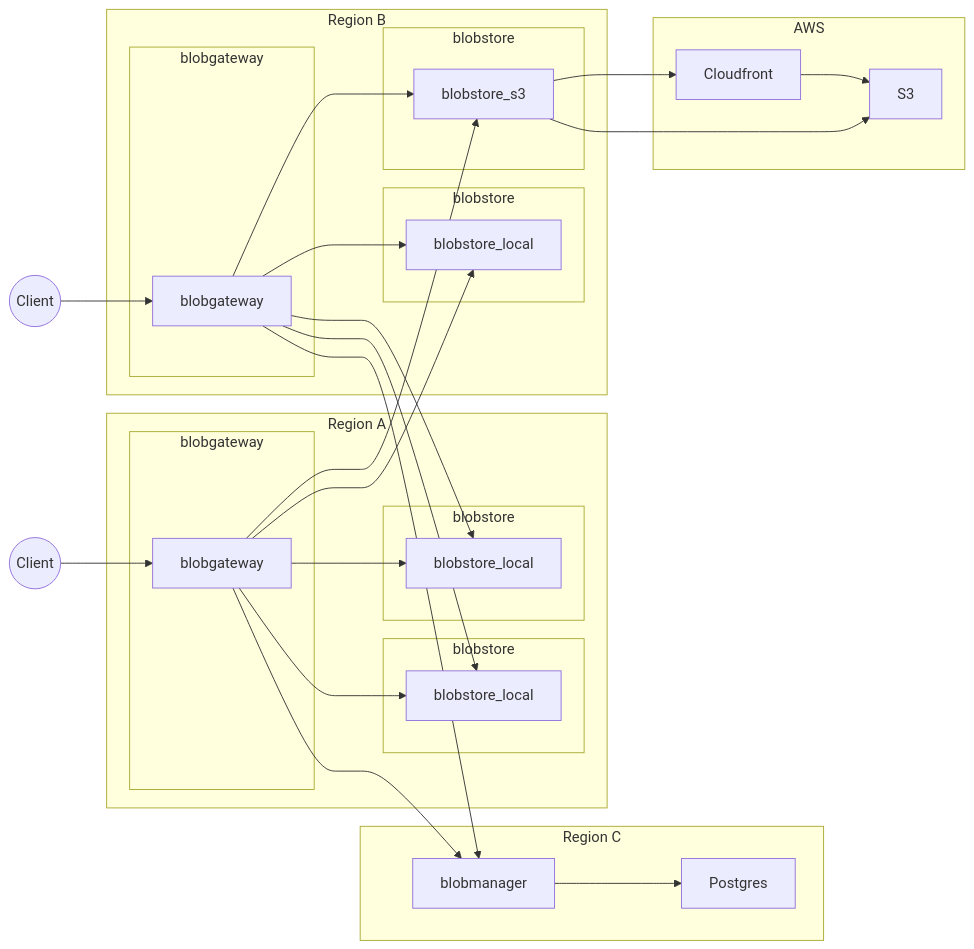
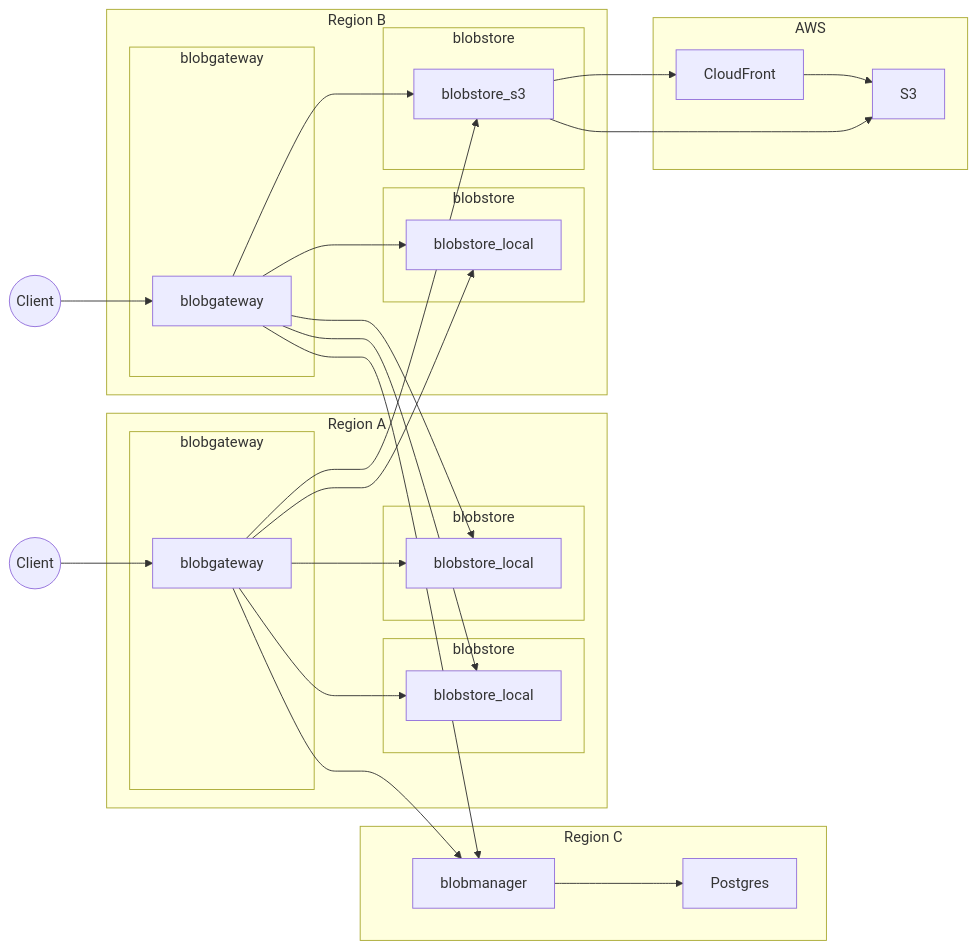
One commit to rinsuki-lab/blobservices changed the diagram in README.md. Above: the diagram before and after it, drawn with Mermaid.

Commit message:
CloudFrontはFが大文字だった

````diff
--- a/README.md
+++ b/README.md
@@ -7,53 +7,53 @@
 ```mermaid
 flowchart LR
     Client_A((Client))
     Client_B((Client))
 
     subgraph Region A
         subgraph blobgateway_A[blobgateway]
             blobgateway_A1[blobgateway]
         end
         subgraph blobstore_A1[blobstore]
             blobstore_local_A1[blobstore_local]
         end
         subgraph blobstore_A2[blobstore]
             blobstore_local_A2[blobstore_local]
         end
     end
     subgraph Region B
         subgraph blobgateway_B[blobgateway]
             blobgateway_B1[blobgateway]
         end
         subgraph blobstore_B1[blobstore]
             blobstore_local_B1[blobstore_local]
         end
         subgraph blobstore_B2[blobstore]
             blobstore_s3_B1[blobstore_s3]
         end
     end
     subgraph Region C
         blobmanager
         Postgres
     end
     subgraph AWS
-        Cloudfront
+        CloudFront
         S3
     end
 
     Client_A --> blobgateway_A1
     Client_B --> blobgateway_B1
     blobgateway_A1 --> blobstore_local_A1
     blobgateway_A1 --> blobstore_local_A2
     blobgateway_A1 --> blobstore_local_B1
     blobgateway_A1 --> blobstore_s3_B1
     blobgateway_B1 --> blobstore_local_A1
     blobgateway_B1 --> blobstore_local_A2
     blobgateway_B1 --> blobstore_local_B1
     blobgateway_B1 --> blobstore_s3_B1
     blobgateway_A1 --> blobmanager
     blobgateway_B1 --> blobmanager
-    Cloudfront --> S3
+    CloudFront --> S3
     blobstore_s3_B1 --> S3
-    blobstore_s3_B1 --> Cloudfront
+    blobstore_s3_B1 --> CloudFront
     blobmanager --> Postgres
 ```
````
